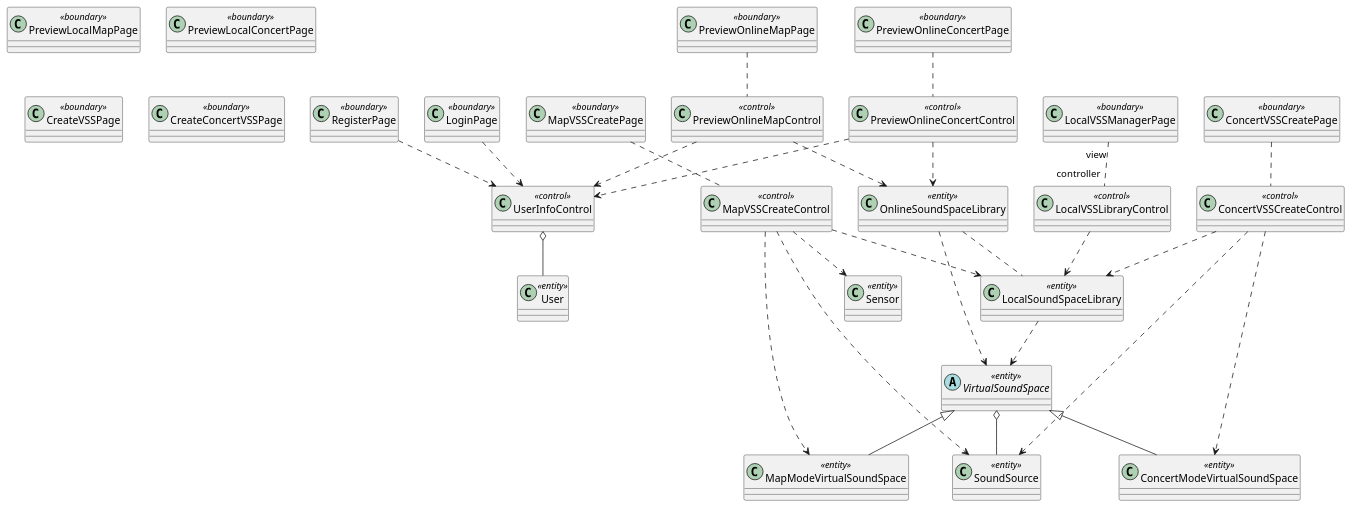
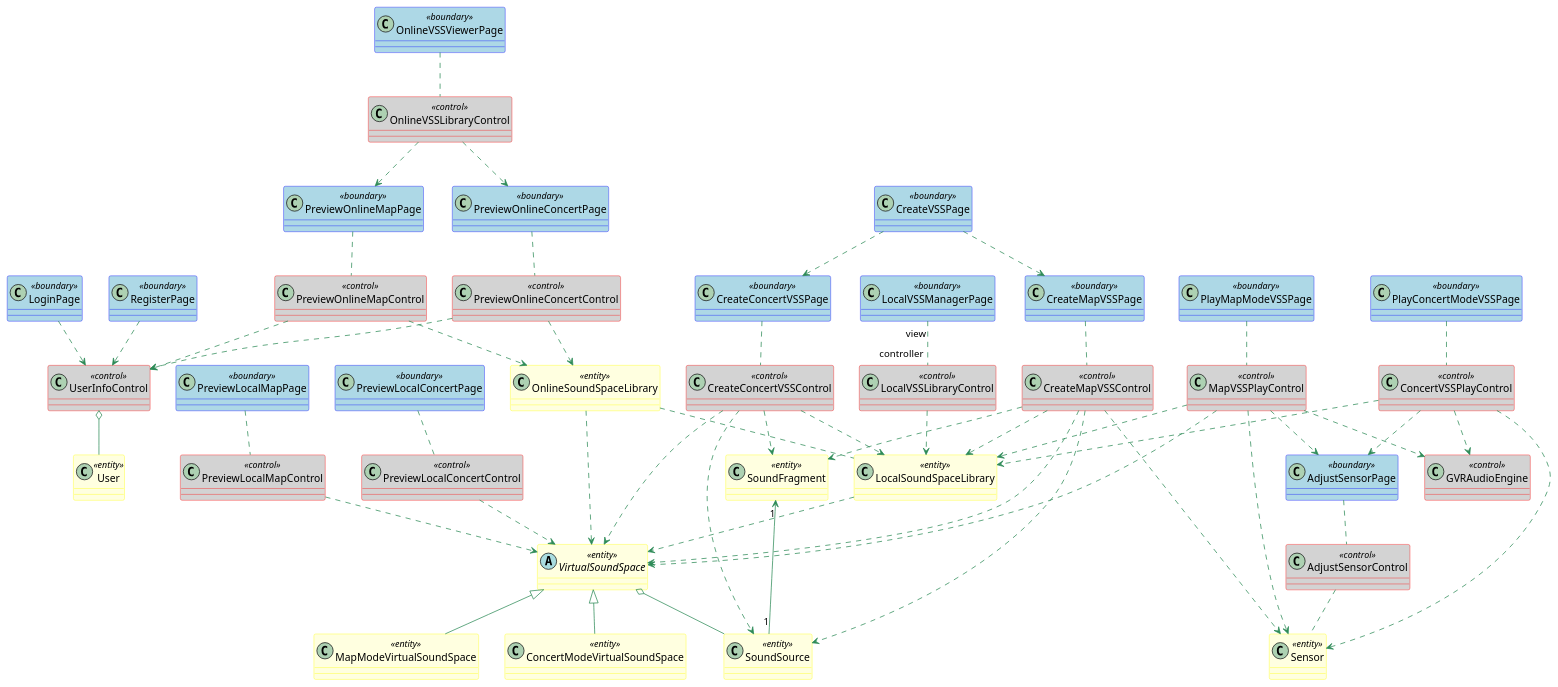
One commit to kpp19920121/doc changed diagram 21 of 21 in 需求定义和分析/SeqDiagram.md. Above: the diagram before and after it, drawn with PlantUML. The commit also changed other lines of this file and 7 other files, not shown here.

````diff
--- a/需求定义和分析/SeqDiagram.md
+++ b/需求定义和分析/SeqDiagram.md
@@ -943,5 +900,17 @@
 ```PlantUML
 @startuml ClassDiagram
+skinparam class {
+	BackgroundColor PaleGreen
+	ArrowColor SeaGreen
+	BorderColor SpringGreen
+	BackgroundColor<<boundary>> LightBlue
+	BorderColor<<boundary>> Blue
+    BackgroundColor<<control>> LightGray
+    BorderColor<<control>> Red
+    BackgroundColor<<entity>> LightYellow
+    BorderColor<<entity>> Yellow
+}
+
 
 class RegisterPage <<boundary>> {
 
@@ -973,13 +942,10 @@
 class CreateVSSPage <<boundary>> {
 
 }
-class CreateConcertVSSPage <<boundary>> {
+class CreateMapVSSPage <<boundary>> {
 
 }
-class MapVSSCreatePage <<boundary>> {
-
-}
-class MapVSSCreateControl <<control>> {
+class CreateMapVSSControl <<control>> {
 
 }
 class Sensor <<entity>> {
@@ -997,10 +963,10 @@
 class SoundSource <<entity>> {
 
 }
-class ConcertVSSCreatePage <<boundary>> {
+class CreateConcertVSSPage <<boundary>> {
 
 }
-class ConcertVSSCreateControl <<control>> {
+class CreateConcertVSSControl <<control>> {
 
 }
 class PreviewOnlineMapPage <<boundary>> {
@@ -1018,26 +984,65 @@
 class OnlineSoundSpaceLibrary <<entity>> {
 
 }
+class PreviewLocalMapControl <<control>> {
+
+}
+class PreviewLocalConcertControl <<control>> {
+
+}
+class PlayMapModeVSSPage <<boundary>> {
+
+}
+class MapVSSPlayControl <<control>> {
+
+}
+class LocalSoundSpaceLibrary <<entity>> {
+
+}
+class GVRAudioEngine <<control>> {
+
+}
+class AdjustSensorPage <<boundary>> {
+
+}
+class PlayConcertModeVSSPage <<boundary>> {
+
+}
+class ConcertVSSPlayControl <<control>> {
+
+}
+class OnlineVSSViewerPage <<boundary>> {
+
+}
+class AdjustSensorControl <<control>> {
+
+}
+class SoundFragment <<entity>> {
+
+}
+class OnlineVSSLibraryControl <<control>> {
+
+}
 
 
 UserInfoControl o-- User
 LocalVSSManagerPage "view" .. "controller" LocalVSSLibraryControl
 LocalVSSLibraryControl ..> LocalSoundSpaceLibrary
-MapVSSCreatePage .. MapVSSCreateControl
-MapVSSCreateControl ..> LocalSoundSpaceLibrary
+CreateMapVSSPage .. CreateMapVSSControl
+CreateMapVSSControl ..> LocalSoundSpaceLibrary
 LocalSoundSpaceLibrary ..> VirtualSoundSpace
 VirtualSoundSpace <|-- ConcertModeVirtualSoundSpace
 VirtualSoundSpace <|-- MapModeVirtualSoundSpace
 LoginPage ..> UserInfoControl
 RegisterPage ..> UserInfoControl
-MapVSSCreateControl ..> Sensor
-MapVSSCreateControl ..> MapModeVirtualSoundSpace
-MapVSSCreateControl ..> SoundSource
+CreateMapVSSControl ..> Sensor
+CreateMapVSSControl ..> VirtualSoundSpace
+CreateMapVSSControl ..> SoundSource
 VirtualSoundSpace o-- SoundSource
-ConcertVSSCreatePage .. ConcertVSSCreateControl
-ConcertVSSCreateControl ..> ConcertModeVirtualSoundSpace
-ConcertVSSCreateControl ..> LocalSoundSpaceLibrary
-ConcertVSSCreateControl ..> SoundSource
+CreateConcertVSSPage .. CreateConcertVSSControl
+CreateConcertVSSControl ..> VirtualSoundSpace
+CreateConcertVSSControl ..> LocalSoundSpaceLibrary
+CreateConcertVSSControl ..> SoundSource
 PreviewOnlineConcertPage .. PreviewOnlineConcertControl
 PreviewOnlineMapPage .. PreviewOnlineMapControl
 PreviewOnlineMapControl ..> UserInfoControl
@@ -1046,6 +1051,31 @@
 PreviewOnlineConcertControl ..> OnlineSoundSpaceLibrary
 OnlineSoundSpaceLibrary ..> VirtualSoundSpace
 OnlineSoundSpaceLibrary .. LocalSoundSpaceLibrary
+PreviewLocalMapPage .. PreviewLocalMapControl
+PreviewLocalConcertPage .. PreviewLocalConcertControl
+PreviewLocalConcertControl ..> VirtualSoundSpace
+PreviewLocalMapControl ..> VirtualSoundSpace
+CreateVSSPage ..> CreateMapVSSPage
+CreateVSSPage ..> CreateConcertVSSPage
+PlayMapModeVSSPage .. MapVSSPlayControl
+MapVSSPlayControl ..> LocalSoundSpaceLibrary
+MapVSSPlayControl ..> VirtualSoundSpace
+MapVSSPlayControl ..> Sensor
+MapVSSPlayControl ..> GVRAudioEngine
+MapVSSPlayControl ..> AdjustSensorPage
+PlayConcertModeVSSPage .. ConcertVSSPlayControl
+ConcertVSSPlayControl ..> LocalSoundSpaceLibrary
+ConcertVSSPlayControl ..> Sensor
+ConcertVSSPlayControl ..> GVRAudioEngine
+ConcertVSSPlayControl ..> AdjustSensorPage
+OnlineVSSViewerPage .. OnlineVSSLibraryControl
+OnlineVSSLibraryControl ..> PreviewOnlineConcertPage
+OnlineVSSLibraryControl ..> PreviewOnlineMapPage
+AdjustSensorPage .. AdjustSensorControl
+AdjustSensorControl .. Sensor
+SoundFragment "1" <-- "1" SoundSource
+CreateMapVSSControl ..> SoundFragment
+CreateConcertVSSControl ..> SoundFragment
 
 @enduml
 ```
````
